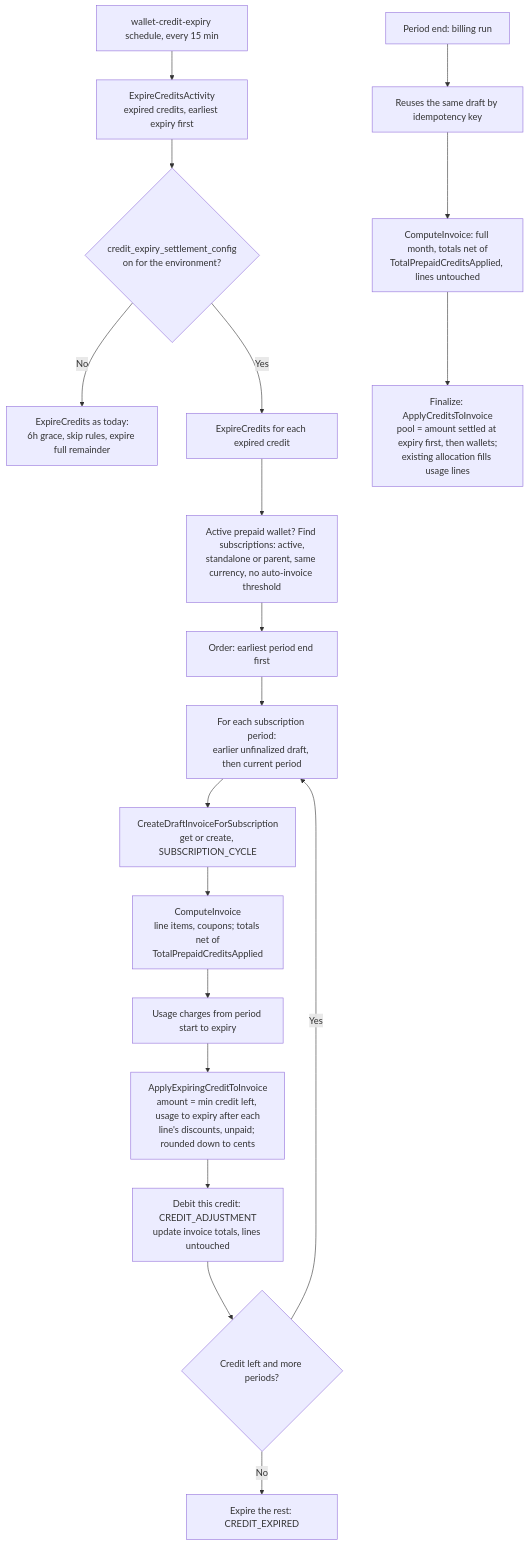
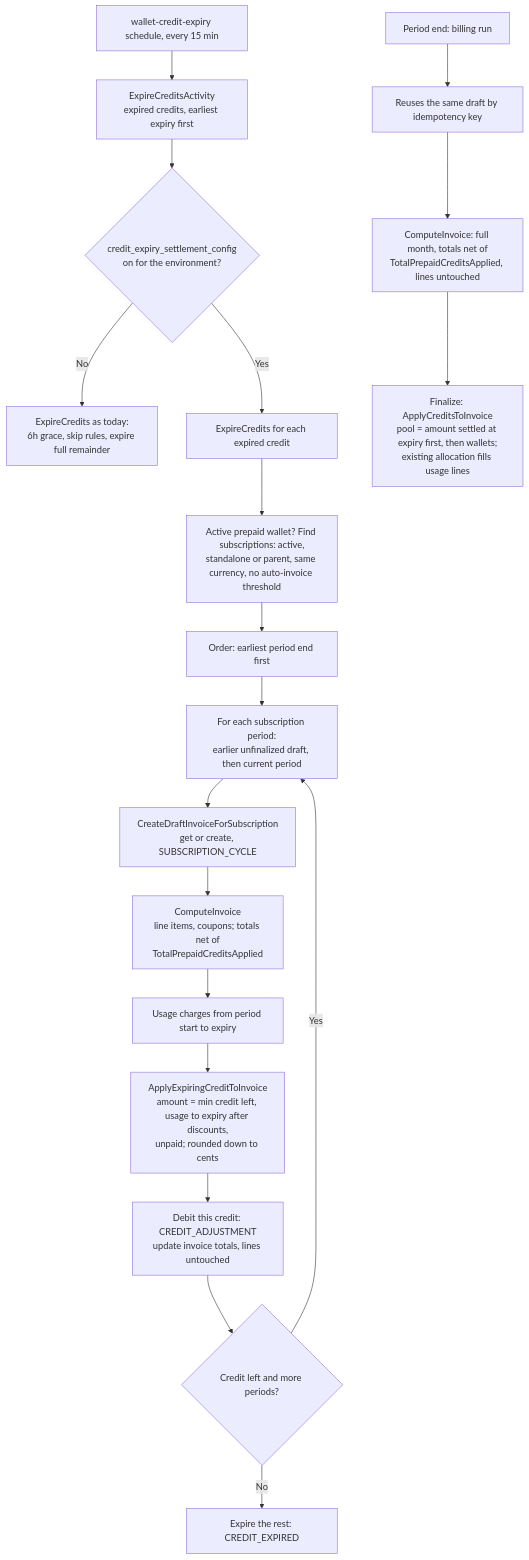
The diagram in docs/design/2026-09-26-mid-period-credit-expiry.md (flexprice/flexprice), drawn with Mermaid before and after one commit. The commit also changed other lines of this file and 4 other files, not shown here.

First line of the commit message:
revert: price usage before expiry with one blended discount ratio again

````diff
--- a/docs/design/2026-09-26-mid-period-credit-expiry.md
+++ b/docs/design/2026-09-26-mid-period-credit-expiry.md
@@ -53,22 +53,22 @@
 ```mermaid
 flowchart TD
     A[wallet-credit-expiry schedule, every 15 min] --> B[ExpireCreditsActivity<br/>expired credits, earliest expiry first]
     B --> C{credit_expiry_settlement_config<br/>on for the environment?}
     C -- No --> Z[ExpireCredits as today:<br/>6h grace, skip rules, expire full remainder]
     C -- Yes --> D[ExpireCredits for each expired credit]
     D --> E[Active prepaid wallet? Find subscriptions: active,<br/>standalone or parent, same currency, no auto-invoice threshold]
     E --> F[Order: earliest period end first]
     F --> G[For each subscription period:<br/>earlier unfinalized draft, then current period]
     G --> H[CreateDraftInvoiceForSubscription<br/>get or create, SUBSCRIPTION_CYCLE]
     H --> I[ComputeInvoice<br/>line items, coupons; totals net of<br/>TotalPrepaidCreditsApplied]
     I --> J[Usage charges from period start to expiry]
-    J --> K[ApplyExpiringCreditToInvoice<br/>amount = min credit left, usage to expiry after each<br/>line's discounts, unpaid; rounded down to cents]
+    J --> K[ApplyExpiringCreditToInvoice<br/>amount = min credit left, usage to expiry after discounts,<br/>unpaid; rounded down to cents]
     K --> L[Debit this credit: CREDIT_ADJUSTMENT<br/>update invoice totals, lines untouched]
     L --> M{Credit left and more periods?}
     M -- Yes --> G
     M -- No --> N[Expire the rest: CREDIT_EXPIRED]
 
     P[Period end: billing run] --> Q[Reuses the same draft by idempotency key]
     Q --> R[ComputeInvoice: full month, totals net of<br/>TotalPrepaidCreditsApplied, lines untouched]
     R --> S[Finalize: ApplyCreditsToInvoice<br/>pool = amount settled at expiry first, then wallets;<br/>existing allocation fills usage lines]
 ```
````
